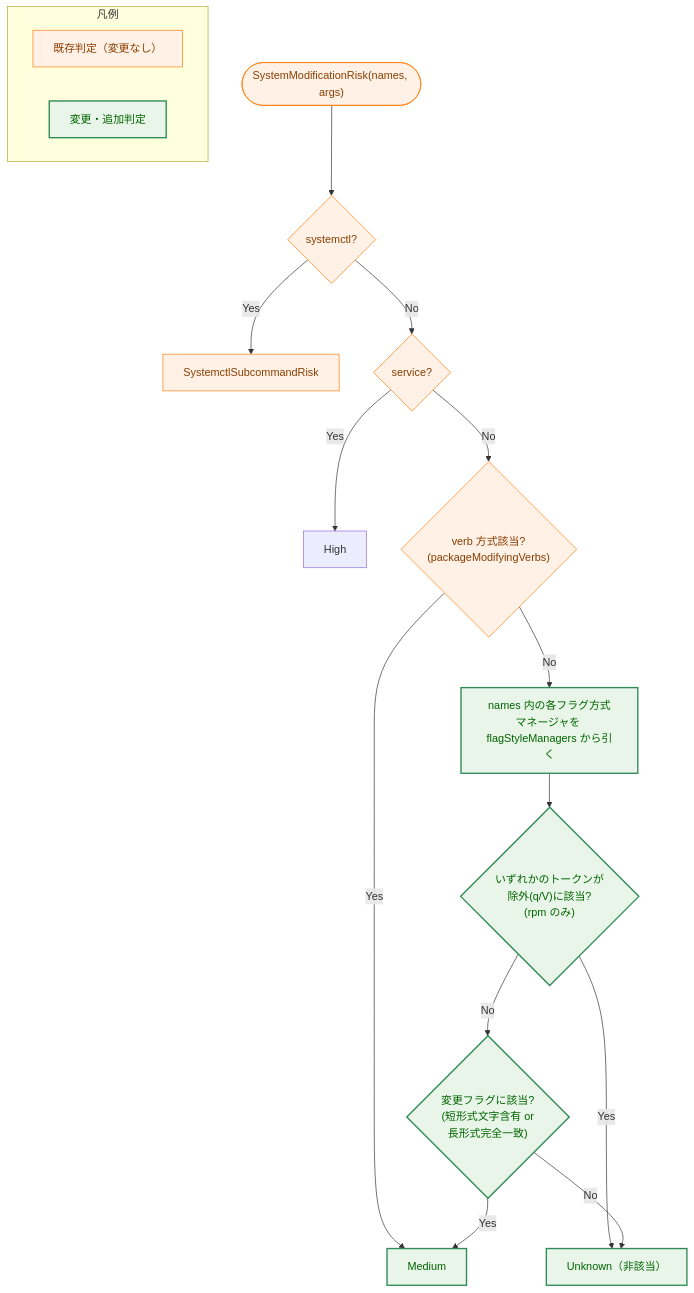
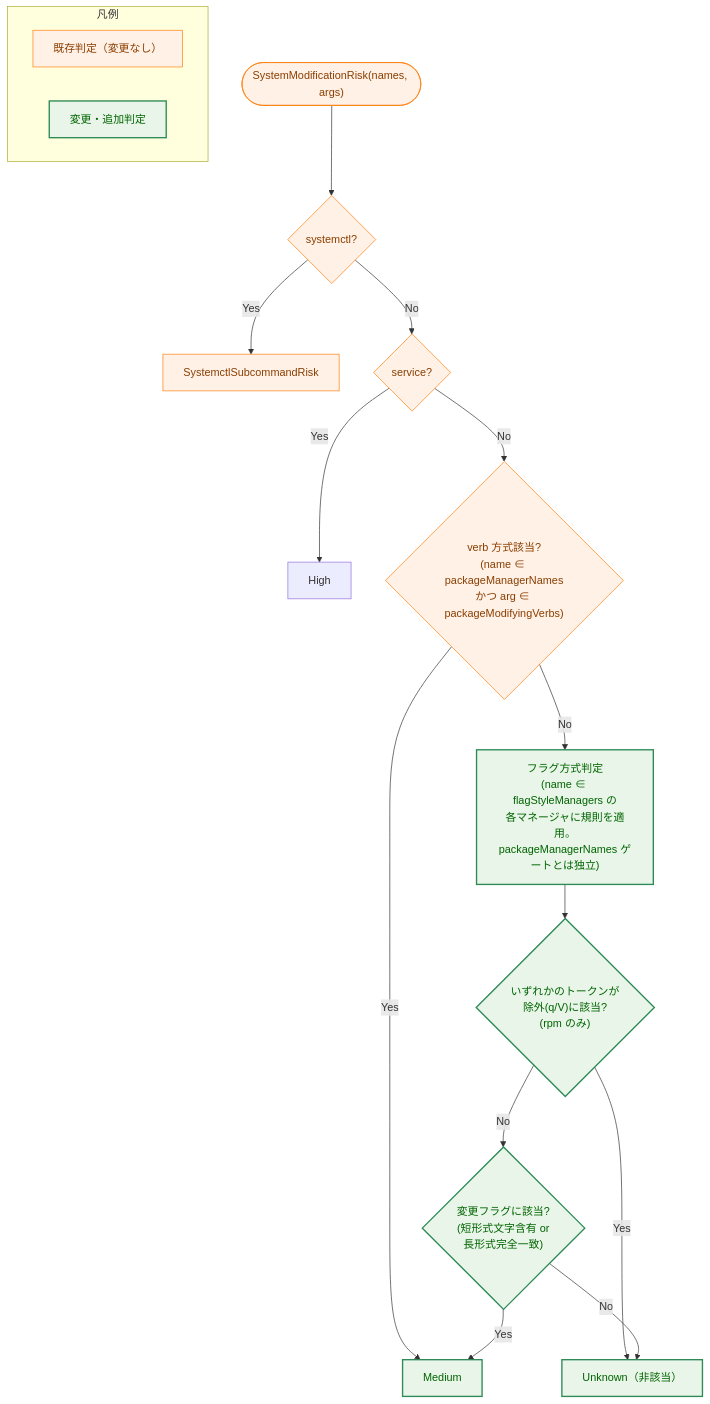
The fifth of 5 diagrams in docs/tasks/0137_package_manager_modification_detection/02_architecture.md (isseis/go-safe-cmd-runner), drawn with Mermaid before and after one commit. The commit also changed other lines of this file, not shown here.

First line of the commit message:
docs(0137): clarify flagStyleManagers init and verb gate in diagram (PR #744)

````diff
--- a/docs/tasks/0137_package_manager_modification_detection/02_architecture.md
+++ b/docs/tasks/0137_package_manager_modification_detection/02_architecture.md
@@ -392,29 +398,29 @@
 ```mermaid
 flowchart TD
     classDef process fill:#fff1e6,stroke:#ff7f0e,stroke-width:1px,color:#8a3e00;
     classDef enhanced fill:#e8f5e8,stroke:#2e8b57,stroke-width:2px,color:#006400;
 
     S(["SystemModificationRisk(names, args)"]) --> SC{"systemctl?"}
     SC -->|"Yes"| SCR["SystemctlSubcommandRisk"]
     SC -->|"No"| SV{"service?"}
     SV -->|"Yes"| HIGH["High"]
-    SV -->|"No"| VERB{"verb 方式該当?<br>(packageModifyingVerbs)"}
+    SV -->|"No"| VERB{"verb 方式該当?<br>(name ∈ packageManagerNames<br>かつ arg ∈ packageModifyingVerbs)"}
     VERB -->|"Yes"| MED["Medium"]
-    VERB -->|"No"| FLAGLOOP["names 内の各フラグ方式<br>マネージャを flagStyleManagers から引く"]
+    VERB -->|"No"| FLAGLOOP["フラグ方式判定<br>(name ∈ flagStyleManagers の<br>各マネージャに規則を適用。<br>packageManagerNames ゲートとは独立)"]
     FLAGLOOP --> EXC{"いずれかのトークンが<br>除外(q/V)に該当?<br>(rpm のみ)"}
     EXC -->|"Yes"| UNK["Unknown（非該当）"]
     EXC -->|"No"| MOD{"変更フラグに該当?<br>(短形式文字含有 or<br>長形式完全一致)"}
     MOD -->|"Yes"| MED
     MOD -->|"No"| UNK
 
     class S,SCR,SV,SC,VERB process
     class FLAGLOOP,EXC,MOD,MED,UNK enhanced
 
     %% Legend
     subgraph Legend["凡例"]
         LP["既存判定（変更なし）"]
         LE["変更・追加判定"]
     end
     class LP process
     class LE enhanced
 ```
````
